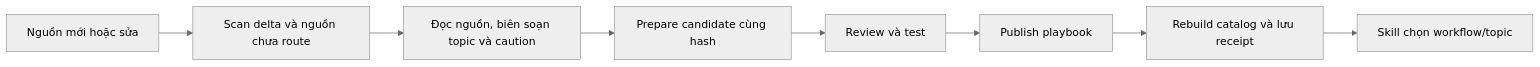
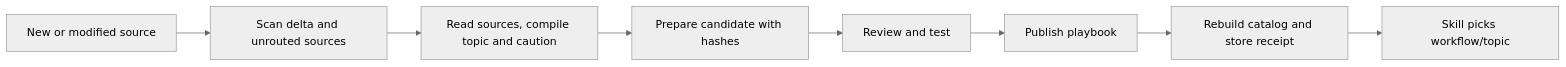
Before and after one commit to jangtrinh/design-os-3d-blender: the diagram in docs/blender-knowledge-workflows.md, drawn with Mermaid (neutral theme). The commit also changed other lines of this file and 35 other files, not shown here.

````diff
--- a/docs/blender-knowledge-workflows.md
+++ b/docs/blender-knowledge-workflows.md
@@ -65,10 +65,10 @@
 ```mermaid
 flowchart LR
-  A[Nguồn mới hoặc sửa] --> B[Scan delta và nguồn chưa route]
-  B --> C[Đọc nguồn, biên soạn topic và caution]
-  C --> D[Prepare candidate cùng hash]
-  D --> E[Review và test]
+  A[New or modified source] --> B[Scan delta and unrouted sources]
+  B --> C[Read sources, compile topic and caution]
+  C --> D[Prepare candidate with hashes]
+  D --> E[Review and test]
   E --> F[Publish playbook]
-  F --> G[Rebuild catalog và lưu receipt]
-  G --> H[Skill chọn workflow/topic]
+  F --> G[Rebuild catalog and store receipt]
+  G --> H[Skill picks workflow/topic]
 ```
````
